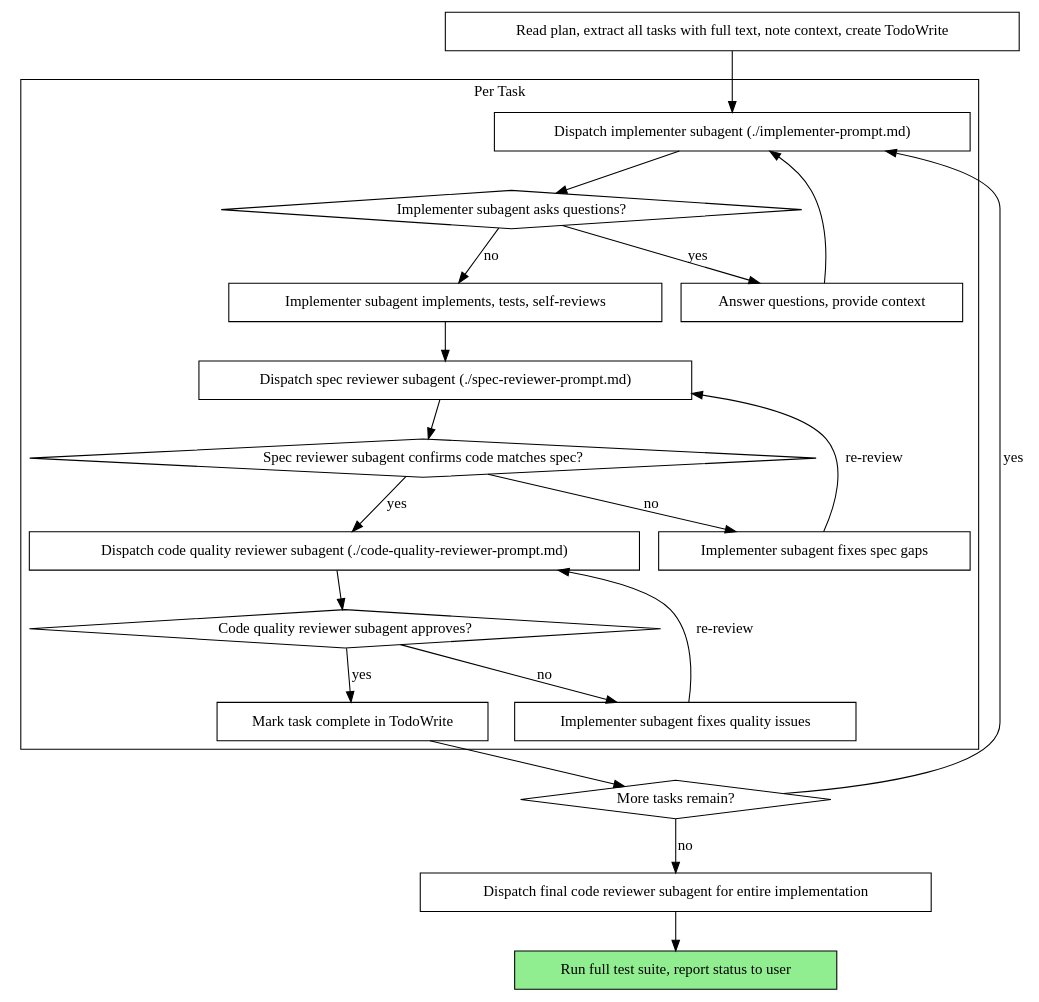
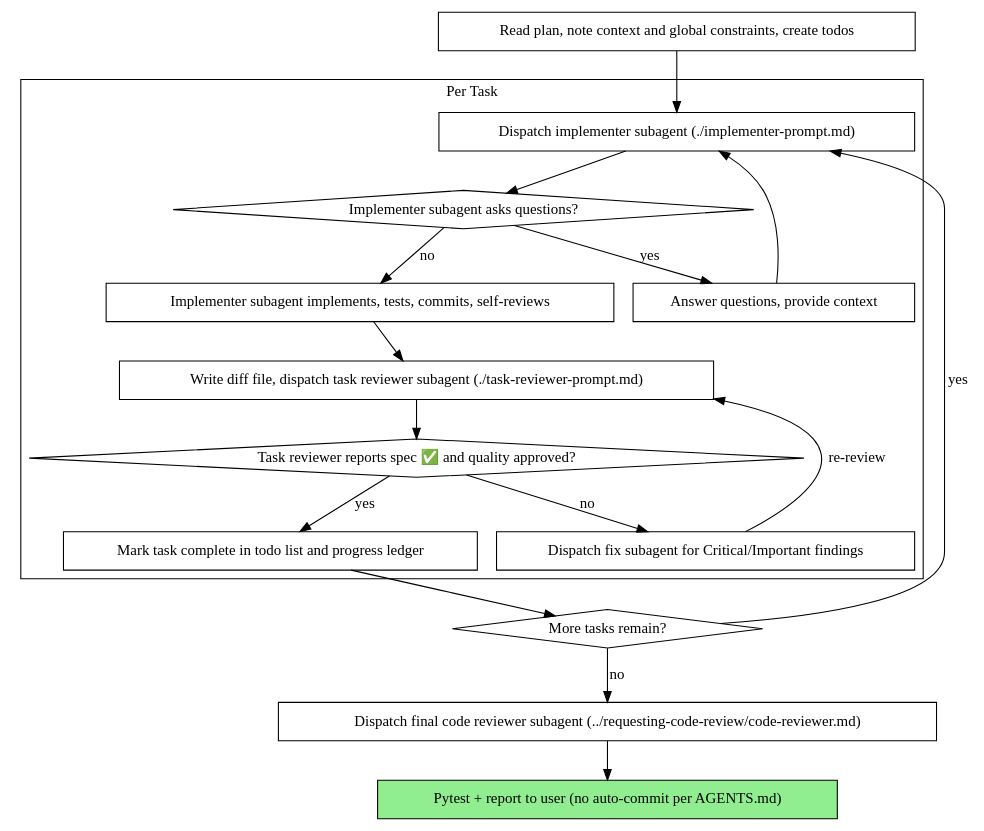
Before and after one commit to Hohlas/SoSimple: the second of 2 diagrams in .claude/skills/superpowers/subagent-driven-development/SKILL.md, drawn with Graphviz. The commit also changed other lines of this file and 28 other files, not shown here.

First line of the commit message:
feat: add task reviewer subagent and related scripts

````diff
--- a/.claude/skills/superpowers/subagent-driven-development/SKILL.md
+++ b/.claude/skills/superpowers/subagent-driven-development/SKILL.md
@@ -42,44 +47,37 @@
 ```dot
 digraph process {
     rankdir=TB;
 
     subgraph cluster_per_task {
         label="Per Task";
         "Dispatch implementer subagent (./implementer-prompt.md)" [shape=box];
         "Implementer subagent asks questions?" [shape=diamond];
         "Answer questions, provide context" [shape=box];
-        "Implementer subagent implements, tests, self-reviews" [shape=box];
-        "Dispatch spec reviewer subagent (./spec-reviewer-prompt.md)" [shape=box];
-        "Spec reviewer subagent confirms code matches spec?" [shape=diamond];
-        "Implementer subagent fixes spec gaps" [shape=box];
-        "Dispatch code quality reviewer subagent (./code-quality-reviewer-prompt.md)" [shape=box];
-        "Code quality reviewer subagent approves?" [shape=diamond];
-        "Implementer subagent fixes quality issues" [shape=box];
-        "Mark task complete in TodoWrite" [shape=box];
+        "Implementer subagent implements, tests, commits, self-reviews" [shape=box];
+        "Write diff file, dispatch task reviewer subagent (./task-reviewer-prompt.md)" [shape=box];
+        "Task reviewer reports spec ✅ and quality approved?" [shape=diamond];
+        "Dispatch fix subagent for Critical/Important findings" [shape=box];
+        "Mark task complete in todo list and progress ledger" [shape=box];
     }
 
-    "Read plan, extract all tasks with full text, note context, create TodoWrite" [shape=box];
+    "Read plan, note context and global constraints, create todos" [shape=box];
     "More tasks remain?" [shape=diamond];
-    "Dispatch final code reviewer subagent for entire implementation" [shape=box];
-    "Run full test suite, report status to user" [shape=box style=filled fillcolor=lightgreen];
+    "Dispatch final code reviewer subagent (../requesting-code-review/code-reviewer.md)" [shape=box];
+    "Pytest + report to user (no auto-commit per AGENTS.md)" [shape=box style=filled fillcolor=lightgreen];
 
-    "Read plan, extract all tasks with full text, note context, create TodoWrite" -> "Dispatch implementer subagent (./implementer-prompt.md)";
+    "Read plan, note context and global constraints, create todos" -> "Dispatch implementer subagent (./implementer-prompt.md)";
     "Dispatch implementer subagent (./implementer-prompt.md)" -> "Implementer subagent asks questions?";
     "Implementer subagent asks questions?" -> "Answer questions, provide context" [label="yes"];
     "Answer questions, provide context" -> "Dispatch implementer subagent (./implementer-prompt.md)";
-    "Implementer subagent asks questions?" -> "Implementer subagent implements, tests, self-reviews" [label="no"];
-    "Implementer subagent implements, tests, self-reviews" -> "Dispatch spec reviewer subagent (./spec-reviewer-prompt.md)";
-    "Dispatch spec reviewer subagent (./spec-reviewer-prompt.md)" -> "Spec reviewer subagent confirms code matches spec?";
-    "Spec reviewer subagent confirms code matches spec?" -> "Implementer subagent fixes spec gaps" [label="no"];
-    "Implementer subagent fixes spec gaps" -> "Dispatch spec reviewer subagent (./spec-reviewer-prompt.md)" [label="re-review"];
-    "Spec reviewer subagent confirms code matches spec?" -> "Dispatch code quality reviewer subagent (./code-quality-reviewer-prompt.md)" [label="yes"];
-    "Dispatch code quality reviewer subagent (./code-quality-reviewer-prompt.md)" -> "Code quality reviewer subagent approves?";
-    "Code quality reviewer subagent approves?" -> "Implementer subagent fixes quality issues" [label="no"];
-    "Implementer subagent fixes quality issues" -> "Dispatch code quality reviewer subagent (./code-quality-reviewer-prompt.md)" [label="re-review"];
-    "Code quality reviewer subagent approves?" -> "Mark task complete in TodoWrite" [label="yes"];
-    "Mark task complete in TodoWrite" -> "More tasks remain?";
+    "Implementer subagent asks questions?" -> "Implementer subagent implements, tests, commits, self-reviews" [label="no"];
+    "Implementer subagent implements, tests, commits, self-reviews" -> "Write diff file, dispatch task reviewer subagent (./task-reviewer-prompt.md)";
+    "Write diff file, dispatch task reviewer subagent (./task-reviewer-prompt.md)" -> "Task reviewer reports spec ✅ and quality approved?";
+    "Task reviewer reports spec ✅ and quality approved?" -> "Dispatch fix subagent for Critical/Important findings" [label="no"];
+    "Dispatch fix subagent for Critical/Important findings" -> "Write diff file, dispatch task reviewer subagent (./task-reviewer-prompt.md)" [label="re-review"];
+    "Task reviewer reports spec ✅ and quality approved?" -> "Mark task complete in todo list and progress ledger" [label="yes"];
+    "Mark task complete in todo list and progress ledger" -> "More tasks remain?";
     "More tasks remain?" -> "Dispatch implementer subagent (./implementer-prompt.md)" [label="yes"];
-    "More tasks remain?" -> "Dispatch final code reviewer subagent for entire implementation" [label="no"];
-    "Dispatch final code reviewer subagent for entire implementation" -> "Run full test suite, report status to user";
+    "More tasks remain?" -> "Dispatch final code reviewer subagent (../requesting-code-review/code-reviewer.md)" [label="no"];
+    "Dispatch final code reviewer subagent (../requesting-code-review/code-reviewer.md)" -> "Pytest + report to user (no auto-commit per AGENTS.md)";
 }
 ```
````
